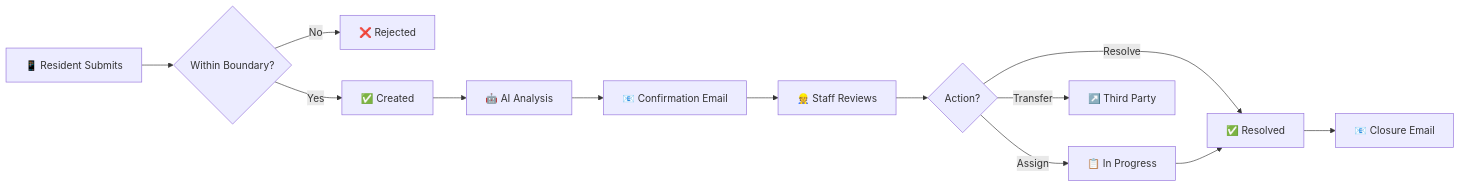
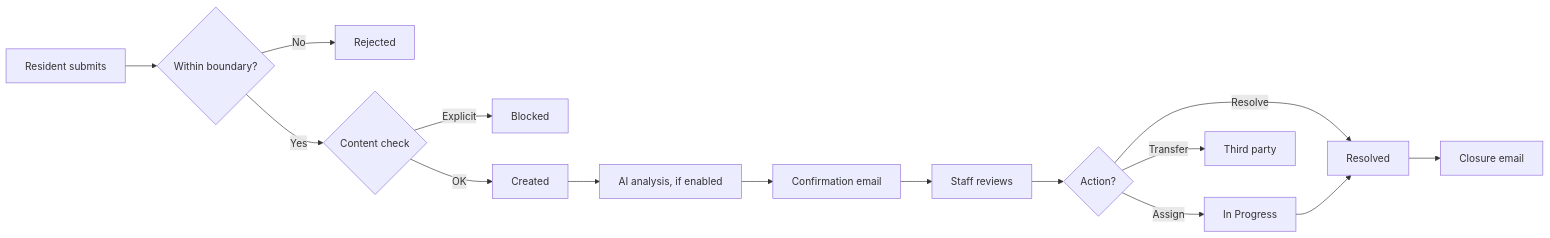
One commit to Pinpoint-311/Pinpoint-311 changed the second of 3 diagrams in README.md. Above: the diagram before and after it, drawn with Mermaid. The commit also changed other lines of this file, not shown here.

````diff
--- a/README.md
+++ b/README.md
@@ -196,19 +150,21 @@
 ```mermaid
 flowchart LR
-    A[📱 Resident Submits] --> B{Within Boundary?}
-    B -->|No| C[❌ Rejected]
-    B -->|Yes| D[✅ Created]
-    
-    D --> E[🤖 AI Analysis]
-    E --> F[📧 Confirmation Email]
-    
-    F --> G[👷 Staff Reviews]
+    A[Resident submits] --> B{Within boundary?}
+    B -->|No| C[Rejected]
+    B -->|Yes| M{Content check}
+    M -->|Explicit| C2[Blocked]
+    M -->|OK| D[Created]
+
+    D --> E[AI analysis, if enabled]
+    E --> F[Confirmation email]
+
+    F --> G[Staff reviews]
     G --> H{Action?}
-    
-    H -->|Assign| I[📋 In Progress]
-    H -->|Resolve| J[✅ Resolved]
-    H -->|Transfer| K[↗️ Third Party]
-    
+
+    H -->|Assign| I[In Progress]
+    H -->|Resolve| J[Resolved]
+    H -->|Transfer| K[Third party]
+
     I --> J
-    J --> L[📧 Closure Email]
+    J --> L[Closure email]
 ```
````
